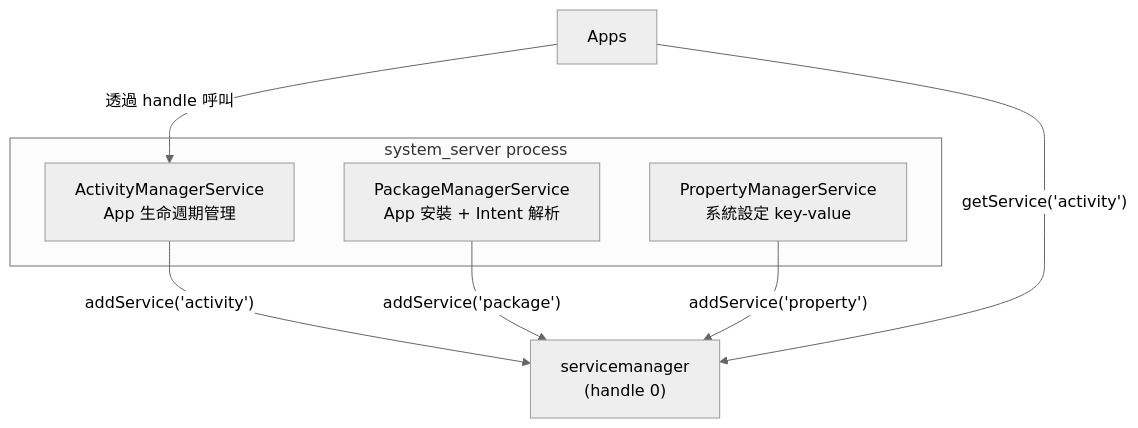
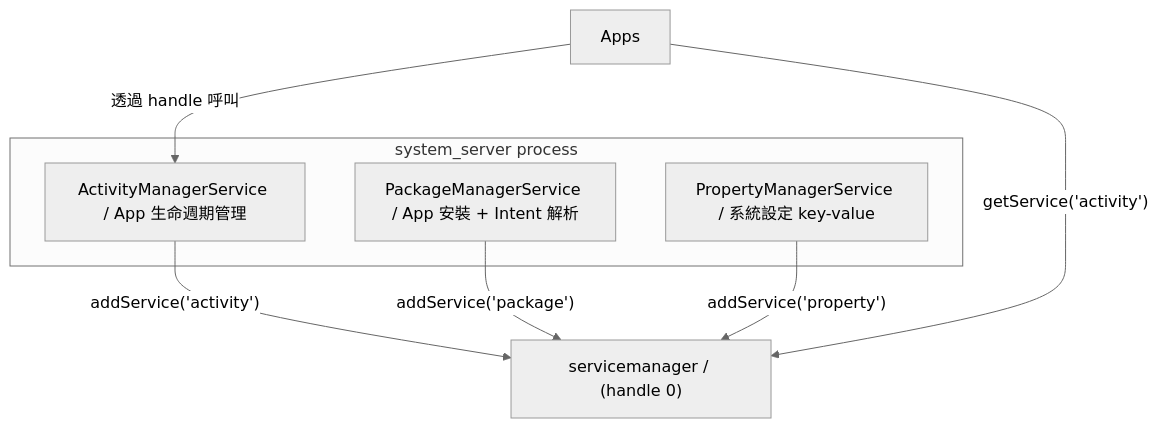
Diagram 16 of 26 in docs/learning-guide.md (Owen771/mini-AOSP), drawn with Mermaid (neutral theme) before and after one commit. The commit also changed other lines of this file and 34 other files, not shown here.

````diff
--- a/docs/learning-guide.md
+++ b/docs/learning-guide.md
@@ -1600,17 +1625,17 @@
 ```mermaid
 graph TB
-    subgraph SS["system_server process"]
-        AMS["ActivityManagerService<br/>App 生命週期管理"]
-        PMS["PackageManagerService<br/>App 安裝 + Intent 解析"]
-        PROP["PropertyManagerService<br/>系統設定 key-value"]
-    end
+ subgraph SS["system_server process"]
+ AMS["ActivityManagerService / App 生命週期管理"]
+ PMS["PackageManagerService / App 安裝 + Intent 解析"]
+ PROP["PropertyManagerService / 系統設定 key-value"]
+ end
 
-    SM["servicemanager<br/>(handle 0)"]
+ SM["servicemanager / (handle 0)"]
 
-    AMS -->|"addService('activity')"| SM
-    PMS -->|"addService('package')"| SM
-    PROP -->|"addService('property')"| SM
+ AMS -->|"addService('activity')"| SM
+ PMS -->|"addService('package')"| SM
+ PROP -->|"addService('property')"| SM
 
-    APP["Apps"] -->|"getService('activity')"| SM
-    APP -->|"透過 handle 呼叫"| AMS
+ APP["Apps"] -->|"getService('activity')"| SM
+ APP -->|"透過 handle 呼叫"| AMS
 ```
````
